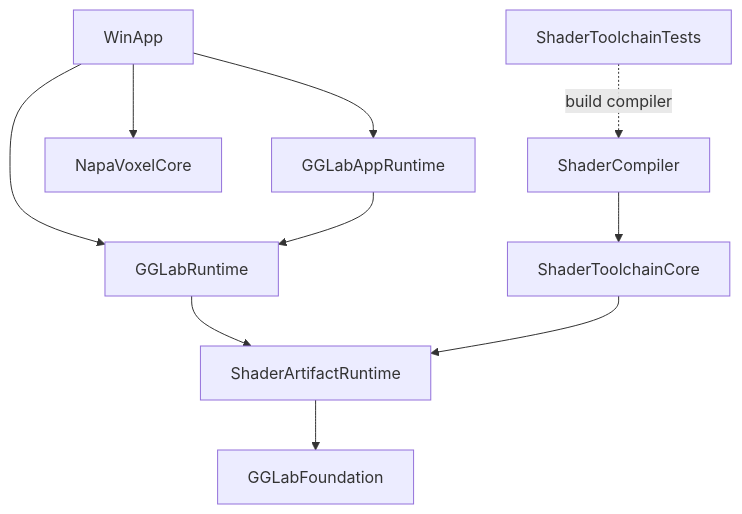
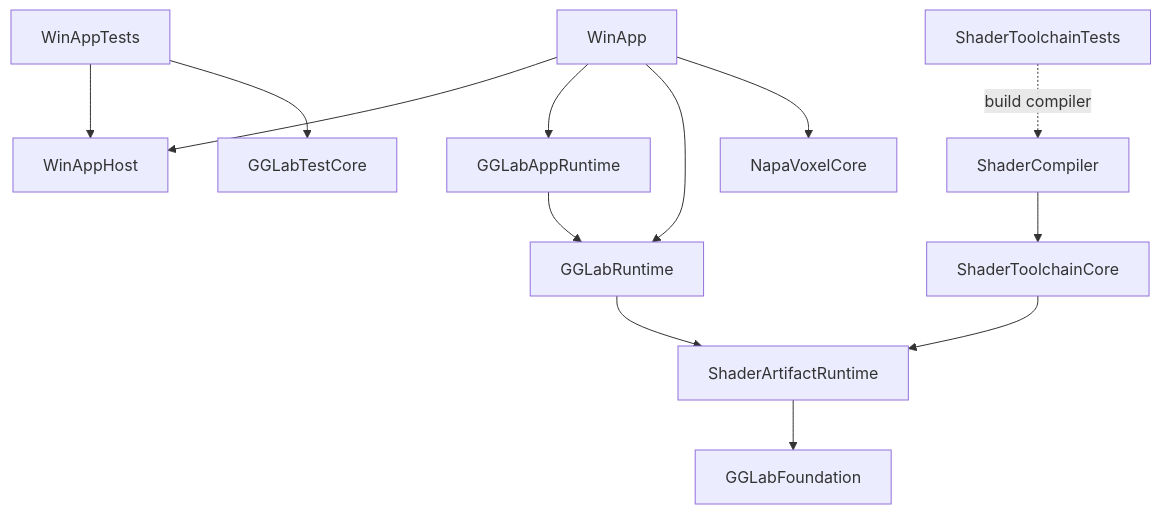
Before and after one commit to airiness/graphics-gadget-lab: the diagram in Docs/Architecture/Repository_Module_Map.md, drawn with Mermaid. The commit also changed other lines of this file and 249 other files, not shown here.

First line of the commit message:
refactor(winapp)!: split host implementation and test executable

````diff
--- a/Docs/Architecture/Repository_Module_Map.md
+++ b/Docs/Architecture/Repository_Module_Map.md
@@ -54,12 +56,15 @@
 ```mermaid
 flowchart TD
+    WinApp --> WinAppHost
+    WinAppTests --> WinAppHost
+    WinAppTests --> GGLabTestCore
     WinApp --> GGLabAppRuntime
     WinApp --> GGLabRuntime
     GGLabAppRuntime --> GGLabRuntime
     GGLabRuntime --> ShaderArtifactRuntime
     ShaderArtifactRuntime --> GGLabFoundation
     WinApp --> NapaVoxelCore
     ShaderCompiler --> ShaderToolchainCore
     ShaderToolchainCore --> ShaderArtifactRuntime
     ShaderToolchainTests -. build compiler .-> ShaderCompiler
 ```
````
